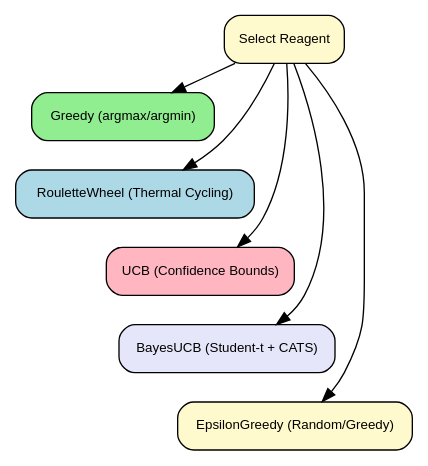
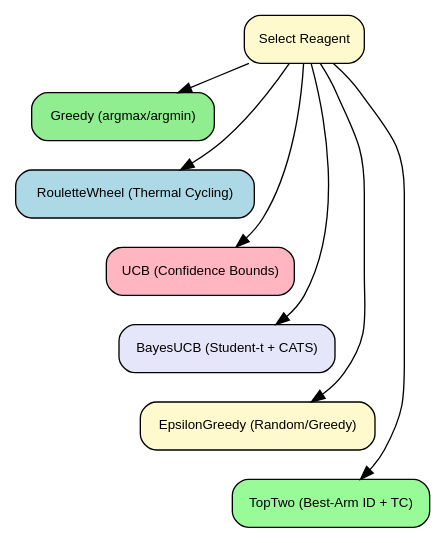
The second of 4 diagrams in docs/source/thompson_sampling.rst (aakankschit/TACTICS), drawn with Graphviz before and after one commit. The commit also changed other lines of this file, not shown here.

First line of the commit message:
Add TopTwoSelection to Sphinx documentation and strategy guides

```diff
--- a/docs/source/thompson_sampling.rst
+++ b/docs/source/thompson_sampling.rst
@@ -528,28 +531,31 @@
 .. graphviz::
 
     digraph StrategySelection {
         rankdir=TB;
         node [shape=box, style="rounded,filled", fontname="Helvetica", fontsize=10];
         nodesep=0.2;
         ranksep=0.3;
 
         SelectReagent [label="Select Reagent", fillcolor="#FFFACD"];
 
         Greedy [label="Greedy (argmax/argmin)", fillcolor="#90EE90"];
         RouletteWheel [label="RouletteWheel (Thermal Cycling)", fillcolor="#ADD8E6"];
         UCB [label="UCB (Confidence Bounds)", fillcolor="#FFB6C1"];
         BayesUCB [label="BayesUCB (Student-t + CATS)", fillcolor="#E6E6FA"];
         EpsilonGreedy [label="EpsilonGreedy (Random/Greedy)", fillcolor="#FFFACD"];
+        TopTwo [label="TopTwo (Best-Arm ID + TC)", fillcolor="#98FB98"];
 
         // Force vertical layout
         SelectReagent -> Greedy;
         Greedy -> RouletteWheel [style=invis];
         RouletteWheel -> UCB [style=invis];
         UCB -> BayesUCB [style=invis];
         BayesUCB -> EpsilonGreedy [style=invis];
-        
+        EpsilonGreedy -> TopTwo [style=invis];
+
         SelectReagent -> RouletteWheel;
         SelectReagent -> UCB;
         SelectReagent -> BayesUCB;
         SelectReagent -> EpsilonGreedy;
+        SelectReagent -> TopTwo;
     }
```
